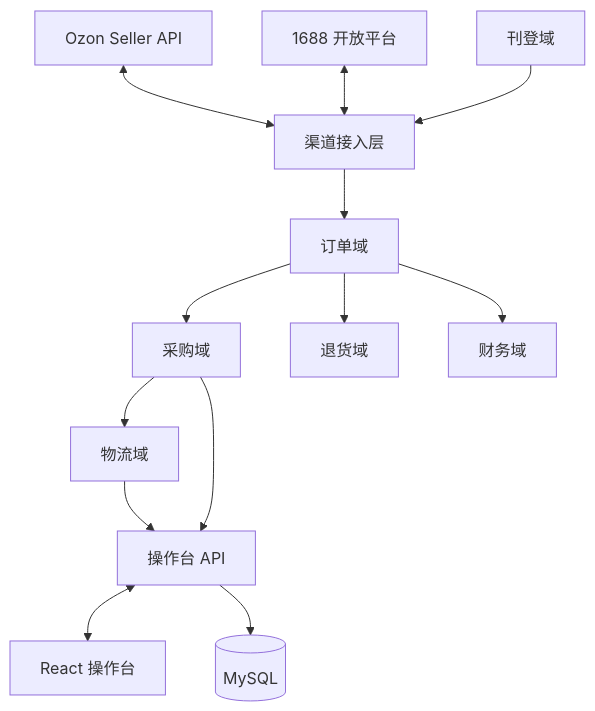
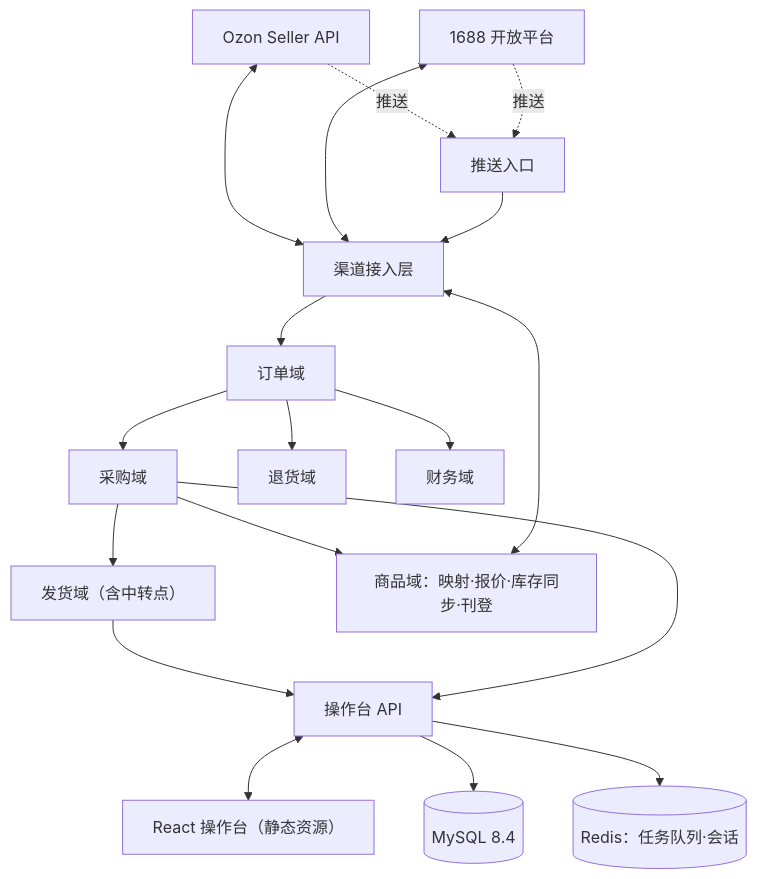
The diagram in docs/specs/spec-fulfillment-hub.md (Strelizialeomon/ozon-dropship), drawn with Mermaid before and after one commit. The commit also changed other lines of this file and 6 other files, not shown here.

````diff
--- a/docs/specs/spec-fulfillment-hub.md
+++ b/docs/specs/spec-fulfillment-hub.md
@@ -89,15 +105,20 @@
 ```mermaid
 flowchart TD
   OZ[Ozon Seller API] <--> CH[渠道接入层]
   AL[1688 开放平台] <--> CH
+  OZ -. 推送 .-> IN[推送入口]
+  AL -. 推送 .-> IN
+  IN --> CH
   CH --> ORD[订单域]
   ORD --> PUR[采购域]
-  PUR --> SHP[物流域]
+  PUR --> SHP[发货域（含中转点）]
   ORD --> RET[退货域]
   ORD --> FIN[财务域]
-  LST[刊登域] --> CH
+  CAT[商品域：映射·报价·库存同步·刊登] <--> CH
+  PUR --> CAT
   SHP --> CON[操作台 API]
   PUR --> CON
-  CON <--> WEB[React 操作台]
-  CON --> DB[(MySQL)]
+  CON <--> WEB[React 操作台（静态资源）]
+  CON --> DB[(MySQL 8.4)]
+  CON --> RD[(Redis：任务队列·会话)]
 ```
````
